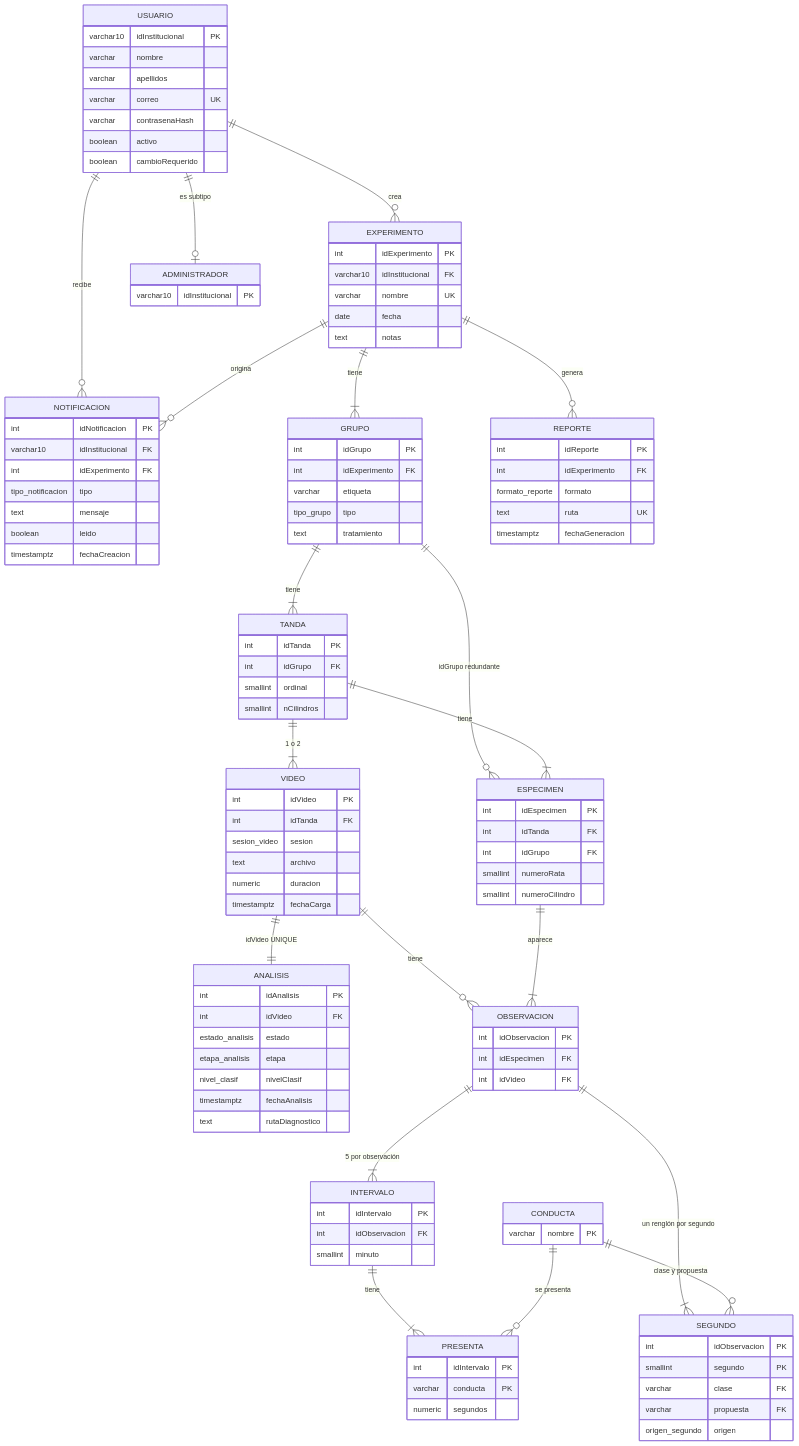
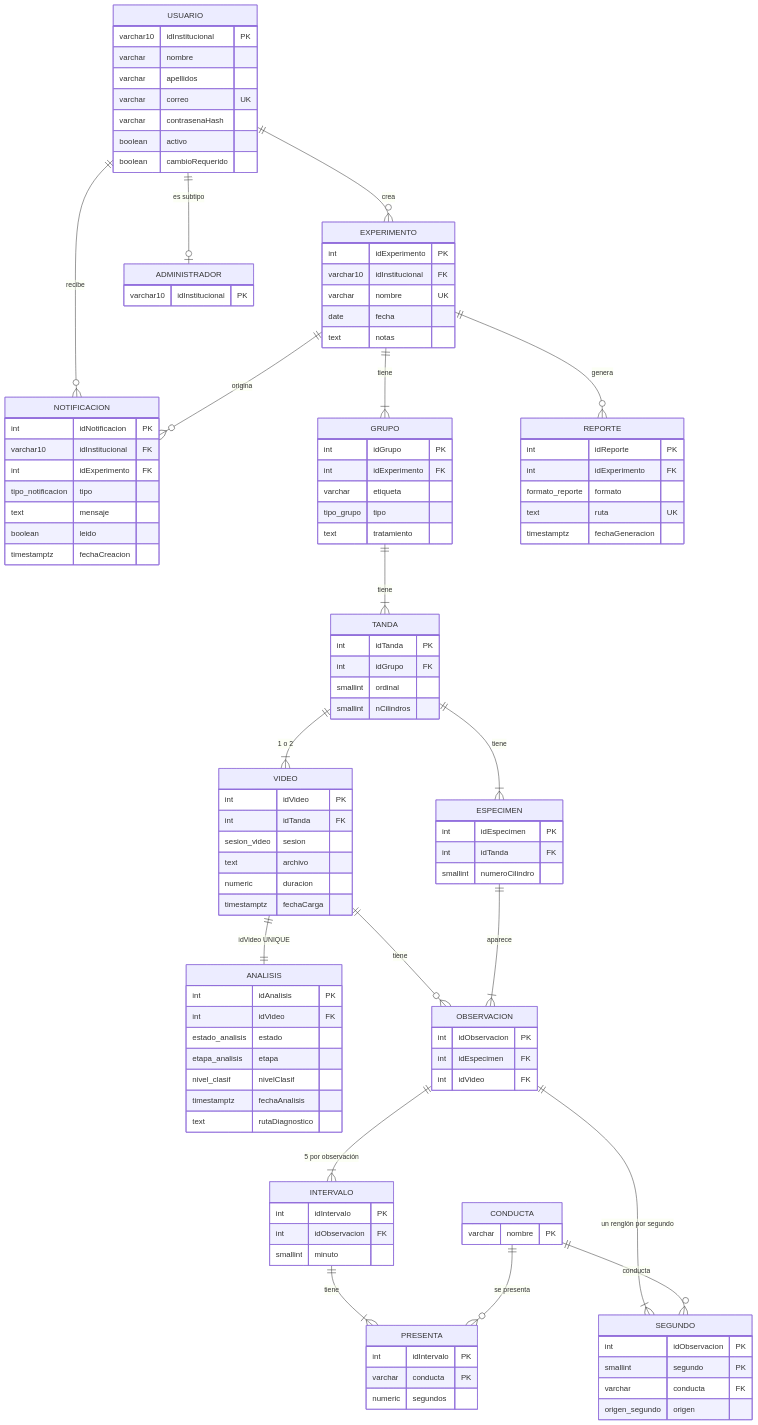
The fourth of 38 diagrams in INSTRUCCIONES-WEB.md (ErickJester/fst-ai-system-latex), drawn with Mermaid before and after one commit. The commit also changed other lines of this file and 28 other files, not shown here.

```diff
--- a/INSTRUCCIONES-WEB.md
+++ b/INSTRUCCIONES-WEB.md
@@ -215,7 +216,6 @@
   EXPERIMENTO ||--o{ REPORTE : genera
   EXPERIMENTO ||--o{ NOTIFICACION : origina
   GRUPO ||--|{ TANDA : tiene
-  GRUPO ||--o{ ESPECIMEN : "idGrupo redundante"
   TANDA ||--|{ ESPECIMEN : tiene
   TANDA ||--|{ VIDEO : "1 o 2"
   VIDEO ||--|| ANALISIS : "idVideo UNIQUE"
@@ -225,7 +225,7 @@
   INTERVALO ||--|{ PRESENTA : tiene
   CONDUCTA ||--o{ PRESENTA : "se presenta"
   OBSERVACION ||--|{ SEGUNDO : "un renglón por segundo"
-  CONDUCTA ||--o{ SEGUNDO : "clase y propuesta"
+  CONDUCTA ||--o{ SEGUNDO : "conducta"
 
   USUARIO { varchar10 idInstitucional PK
             varchar nombre
@@ -250,8 +250,6 @@
           smallint nCilindros }
   ESPECIMEN { int idEspecimen PK
               int idTanda FK
-              int idGrupo FK
-              smallint numeroRata
               smallint numeroCilindro }
   VIDEO { int idVideo PK
           int idTanda FK
@@ -278,8 +276,7 @@
              numeric segundos }
   SEGUNDO { int idObservacion PK
             smallint segundo PK
-            varchar clase FK
-            varchar propuesta FK
+            varchar conducta FK
             origen_segundo origen }
   ADMINISTRADOR { varchar10 idInstitucional PK }
   REPORTE { int idReporte PK
```
